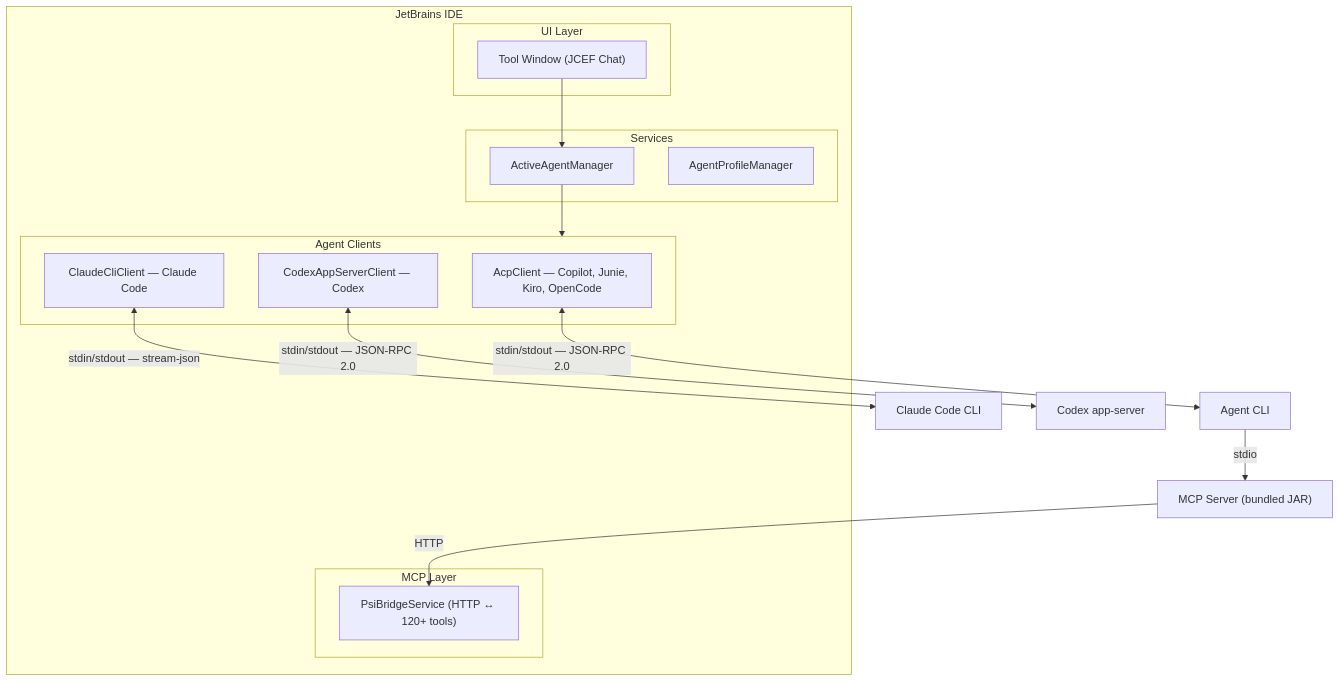
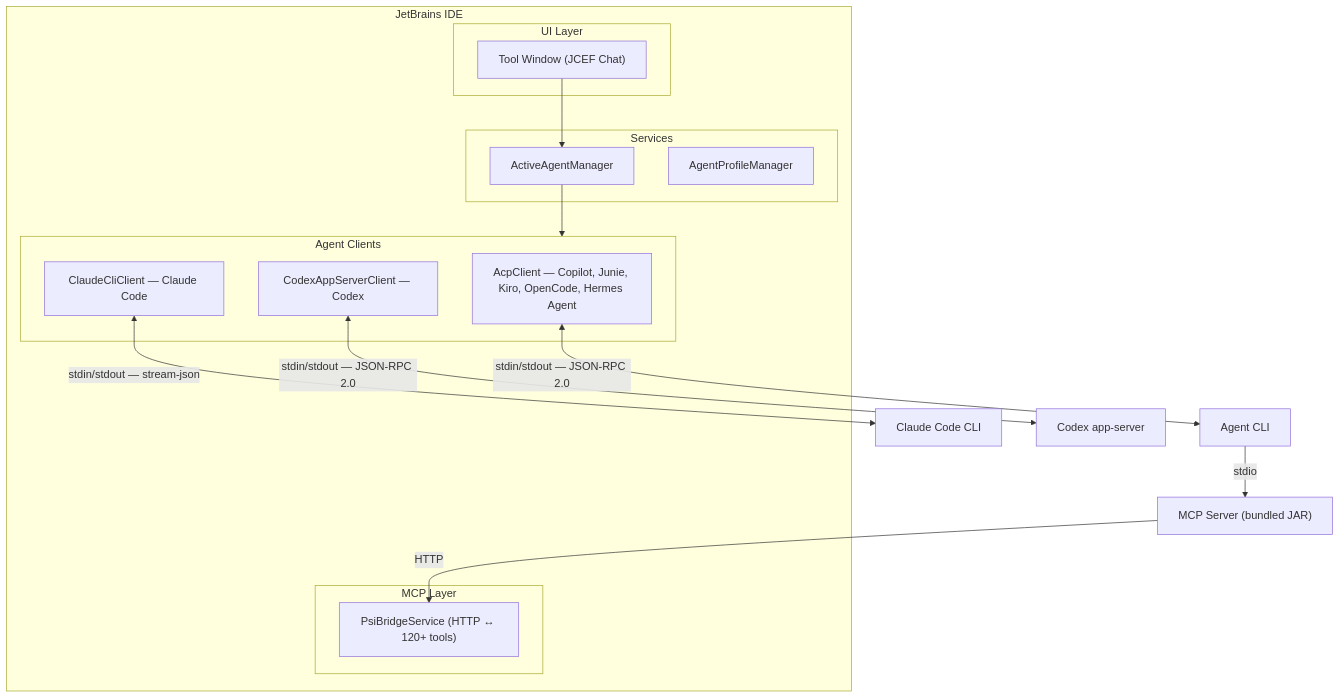
Before and after one commit to catatafishen/agentbridge: the diagram in README.md, drawn with Mermaid. The commit also changed other lines of this file and 7 other files, not shown here.

First line of the commit message:
docs: list Hermes Agent in supported-agents references

````diff
--- a/README.md
+++ b/README.md
@@ -189,28 +189,28 @@
 ```mermaid
 graph TD
     subgraph IDE["JetBrains IDE"]
         subgraph ui["UI Layer"]
             TW["Tool Window (JCEF Chat)"]
         end
         subgraph services["Services"]
             AAM["ActiveAgentManager"]
             APM["AgentProfileManager"]
         end
         subgraph clients["Agent Clients"]
-            AC["AcpClient — Copilot, Junie, Kiro, OpenCode"]
+            AC["AcpClient — Copilot, Junie, Kiro, OpenCode, Hermes Agent"]
             CC["ClaudeCliClient — Claude Code"]
             XC["CodexAppServerClient — Codex"]
         end
         subgraph mcp["MCP Layer"]
             PSI["PsiBridgeService (HTTP ↔ 120+ tools)"]
         end
         TW --> AAM
         AAM --> clients
     end
 
     AC <-->|" stdin/stdout — JSON-RPC 2.0 "| CLI["Agent CLI"]
     CC <-->|" stdin/stdout — stream-json "| CCLI["Claude Code CLI"]
     XC <-->|" stdin/stdout — JSON-RPC 2.0 "| CDEX["Codex app-server"]
     CLI -->|" stdio "| MCP["MCP Server (bundled JAR)"]
     MCP -->|" HTTP "| PSI
 ```
````
